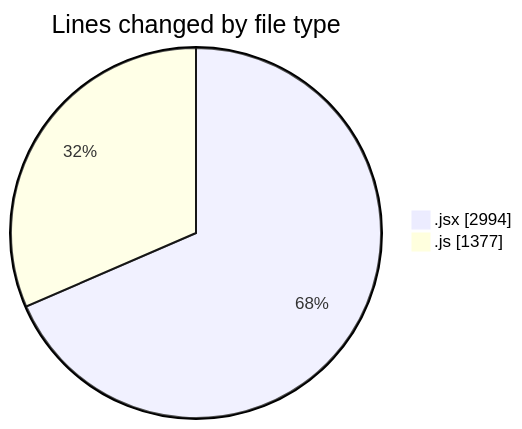
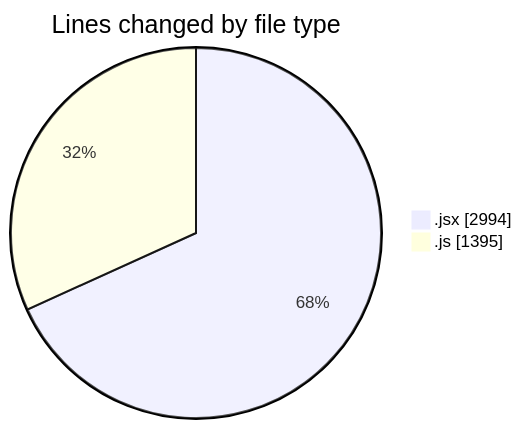
The first of 2 diagrams in 2025-07-19/nxtqube_webapp/README.md (nxtqubesakshisongat/code-tracking), drawn with Mermaid before and after one commit. The commit also changed other lines of this file and 1 other file, not shown here.

````diff
--- a/2025-07-19/nxtqube_webapp/README.md
+++ b/2025-07-19/nxtqube_webapp/README.md
@@ -29,6 +29,6 @@
 ```mermaid
 pie showData
 title Lines changed by file type
 ".jsx" : 2994
-".js" : 1377
+".js" : 1395
 ```
````
